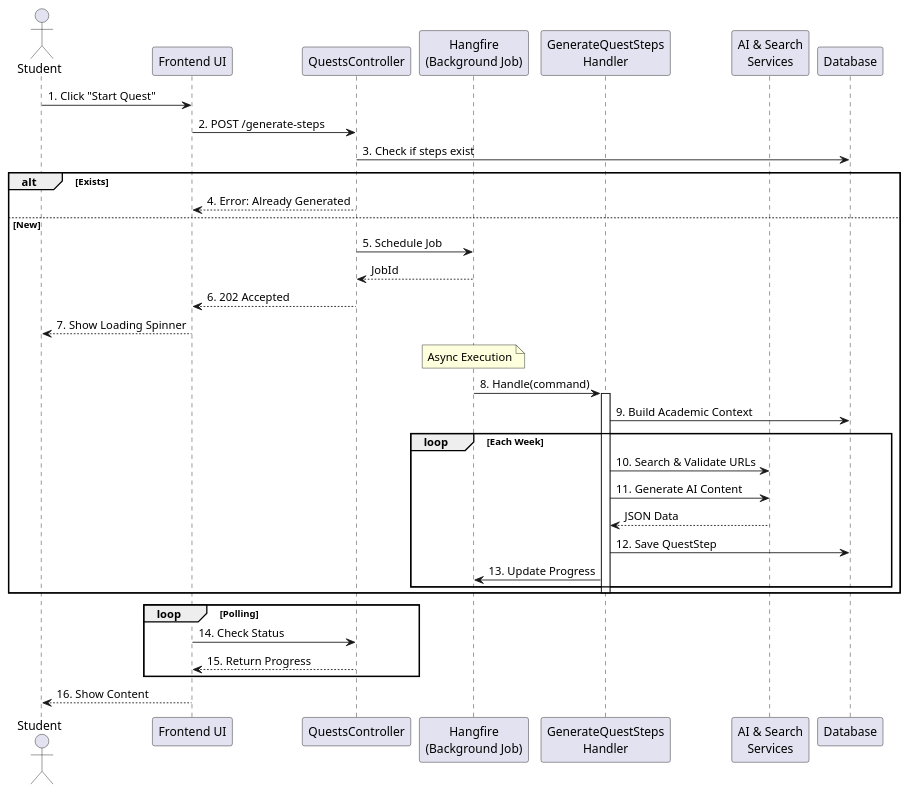
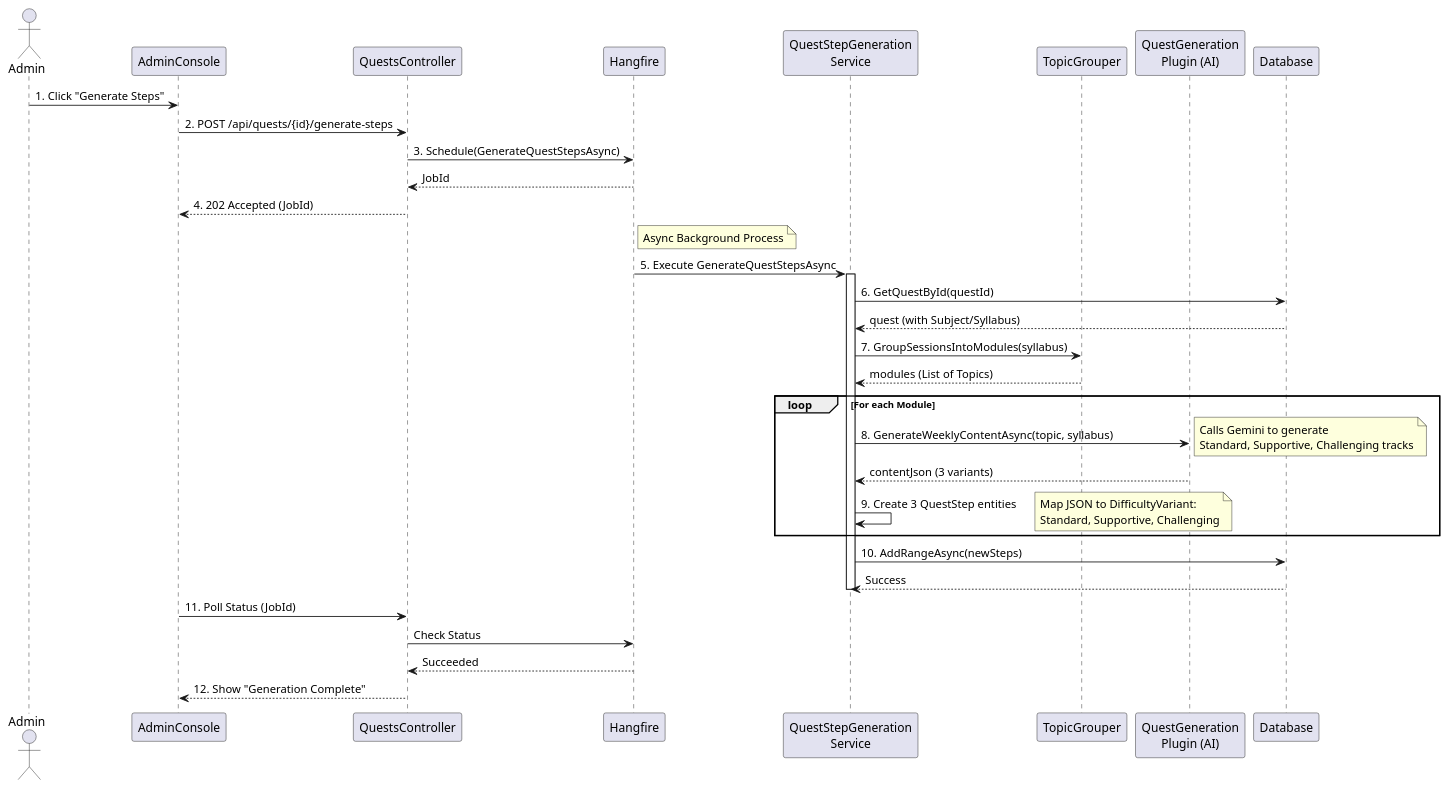
Before and after one commit to FA25SE050-RogueLearn/RogueLearn.BMAD.Documentation: the diagram in docs/srs/diagrams/sequence-diagram/quest-learning/generate-quest-steps.puml, drawn with PlantUML. The commit also changed 13 other files, not shown here.

```diff
--- a/docs/srs/diagrams/sequence-diagram/quest-learning/generate-quest-steps.puml
+++ b/docs/srs/diagrams/sequence-diagram/quest-learning/generate-quest-steps.puml
@@ -2,43 +2,45 @@
 @startuml
-actor Student
-participant "Frontend UI" as UI
+actor Admin
+participant "AdminConsole" as UI
 participant "QuestsController" as Controller
-participant "Hangfire\n(Background Job)" as Job
-participant "GenerateQuestSteps\nHandler" as Handler
-participant "AI & Search\nServices" as Services
+participant "Hangfire" as JobQueue
+participant "QuestStepGeneration\nService" as Service
+participant "TopicGrouper" as Grouper
+participant "QuestGeneration\nPlugin (AI)" as AI
 participant "Database" as DB
 
-Student -> UI : 1. Click "Start Quest"
-UI -> Controller : 2. POST /generate-steps
-Controller -> DB : 3. Check if steps exist
-alt Exists
-    Controller --> UI : 4. Error: Already Generated
-else New
-    Controller -> Job : 5. Schedule Job
-    Job --> Controller : JobId
-    Controller --> UI : 6. 202 Accepted
-    UI --> Student : 7. Show Loading Spinner
-    
-    note over Job : Async Execution
-    Job -> Handler : 8. Handle(command)
-    activate Handler
-        Handler -> DB : 9. Build Academic Context
-        
-        loop Each Week
-            Handler -> Services : 10. Search & Validate URLs
-            Handler -> Services : 11. Generate AI Content
-            Services --> Handler : JSON Data
-            Handler -> DB : 12. Save QuestStep
-            Handler -> Job : 13. Update Progress
-        end
-        
-    deactivate Handler
-end
+Admin -> UI : 1. Click "Generate Steps"
+UI -> Controller : 2. POST /api/quests/{id}/generate-steps
+Controller -> JobQueue : 3. Schedule(GenerateQuestStepsAsync)
+JobQueue --> Controller : JobId
+Controller --> UI : 4. 202 Accepted (JobId)
 
-loop Polling
-    UI -> Controller : 14. Check Status
-    Controller --> UI : 15. Return Progress
-end
+note right of JobQueue: Async Background Process
 
-UI --> Student : 16. Show Content
+JobQueue -> Service : 5. Execute GenerateQuestStepsAsync
+
+activate Service
+    Service -> DB : 6. GetQuestById(questId)
+    DB --> Service : quest (with Subject/Syllabus)
+
+    Service -> Grouper : 7. GroupSessionsIntoModules(syllabus)
+    Grouper --> Service : modules (List of Topics)
+
+    loop For each Module
+        Service -> AI : 8. GenerateWeeklyContentAsync(topic, syllabus)
+        note right: Calls Gemini to generate\nStandard, Supportive, Challenging tracks
+        AI --> Service : contentJson (3 variants)
+
+        Service -> Service : 9. Create 3 QuestStep entities
+        note right: Map JSON to DifficultyVariant:\nStandard, Supportive, Challenging
+    end
+
+    Service -> DB : 10. AddRangeAsync(newSteps)
+    DB --> Service : Success
+deactivate Service
+
+UI -> Controller : 11. Poll Status (JobId)
+Controller -> JobQueue : Check Status
+JobQueue --> Controller : Succeeded
+Controller --> UI : 12. Show "Generation Complete"
 @enduml
```
